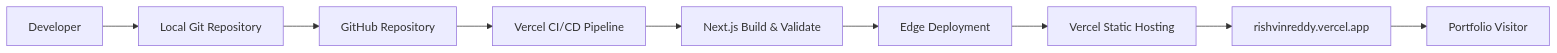
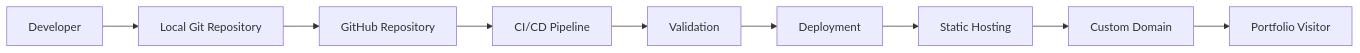
Before and after one commit to RishvinReddy/rishvin-reddy-portfolio: the seventh of 9 diagrams in README.md, drawn with Mermaid. The commit also changed other lines of this file and 2 other files, not shown here.

````diff
--- a/README.md
+++ b/README.md
@@ -654,12 +726,21 @@
 ```mermaid
 flowchart LR
+
     DEV[Developer]
+
     DEV --> GIT[Local Git Repository]
+
     GIT --> GH[GitHub Repository]
-    GH --> CI[Vercel CI/CD Pipeline]
-    CI --> BUILD[Next.js Build & Validate]
-    BUILD --> DEPLOY[Edge Deployment]
-    DEPLOY --> HOST[Vercel Static Hosting]
-    HOST --> DOMAIN[rishvinreddy.vercel.app]
+
+    GH --> CI[CI/CD Pipeline]
+
+    CI --> BUILD[Validation]
+
+    BUILD --> DEPLOY[Deployment]
+
+    DEPLOY --> HOST[Static Hosting]
+
+    HOST --> DOMAIN[Custom Domain]
+
     DOMAIN --> USER[Portfolio Visitor]
 ```
````
